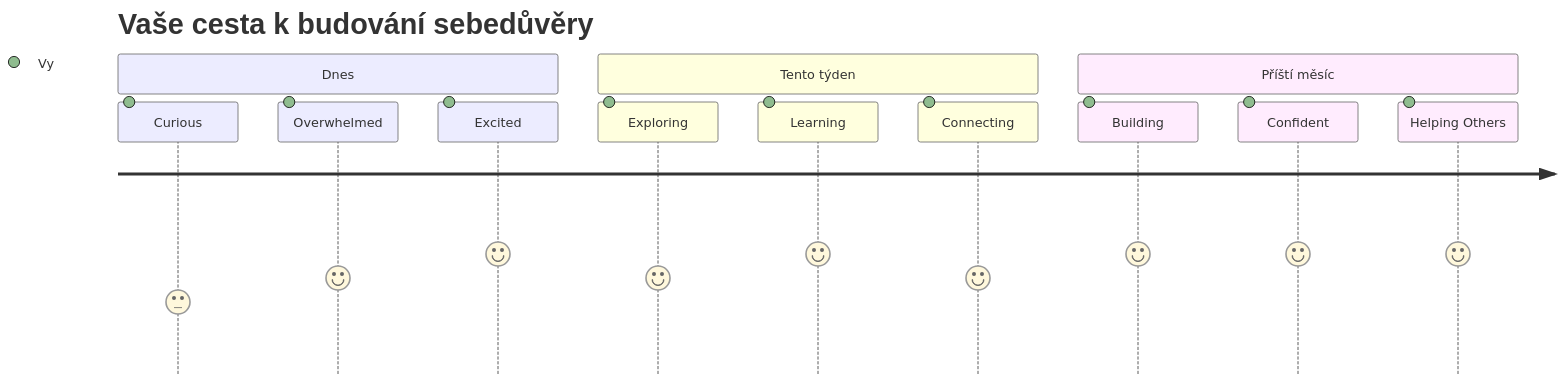
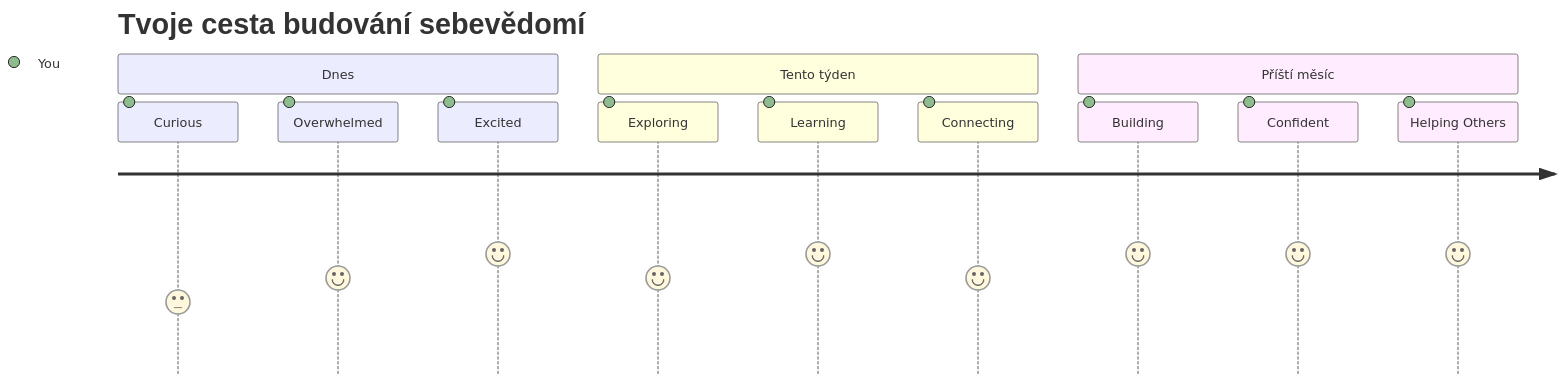
One commit to microsoft/Web-Dev-For-Beginners changed the seventh of 7 diagrams in translations/cs/1-getting-started-lessons/1-intro-to-programming-languages/README.md. Above: the diagram before and after it, drawn with Mermaid. The commit also changed other lines of this file and 11 other files, not shown here.

````diff
--- a/translations/cs/1-getting-started-lessons/1-intro-to-programming-languages/README.md
+++ b/translations/cs/1-getting-started-lessons/1-intro-to-programming-languages/README.md
@@ -831,16 +833,16 @@
 ```mermaid
 journey
-    title Vaše cesta k budování sebedůvěry
+    title Tvoje cesta budování sebevědomí
     section Dnes
-      Curious: 3: Vy
-      Overwhelmed: 4: Vy
-      Excited: 5: Vy
+      Curious: 3: You
+      Overwhelmed: 4: You
+      Excited: 5: You
     section Tento týden
-      Exploring: 4: Vy
-      Learning: 5: Vy
-      Connecting: 4: Vy
+      Exploring: 4: You
+      Learning: 5: You
+      Connecting: 4: You
     section Příští měsíc
-      Building: 5: Vy
-      Confident: 5: Vy
-      Helping Others: 5: Vy
+      Building: 5: You
+      Confident: 5: You
+      Helping Others: 5: You
 ```
````
